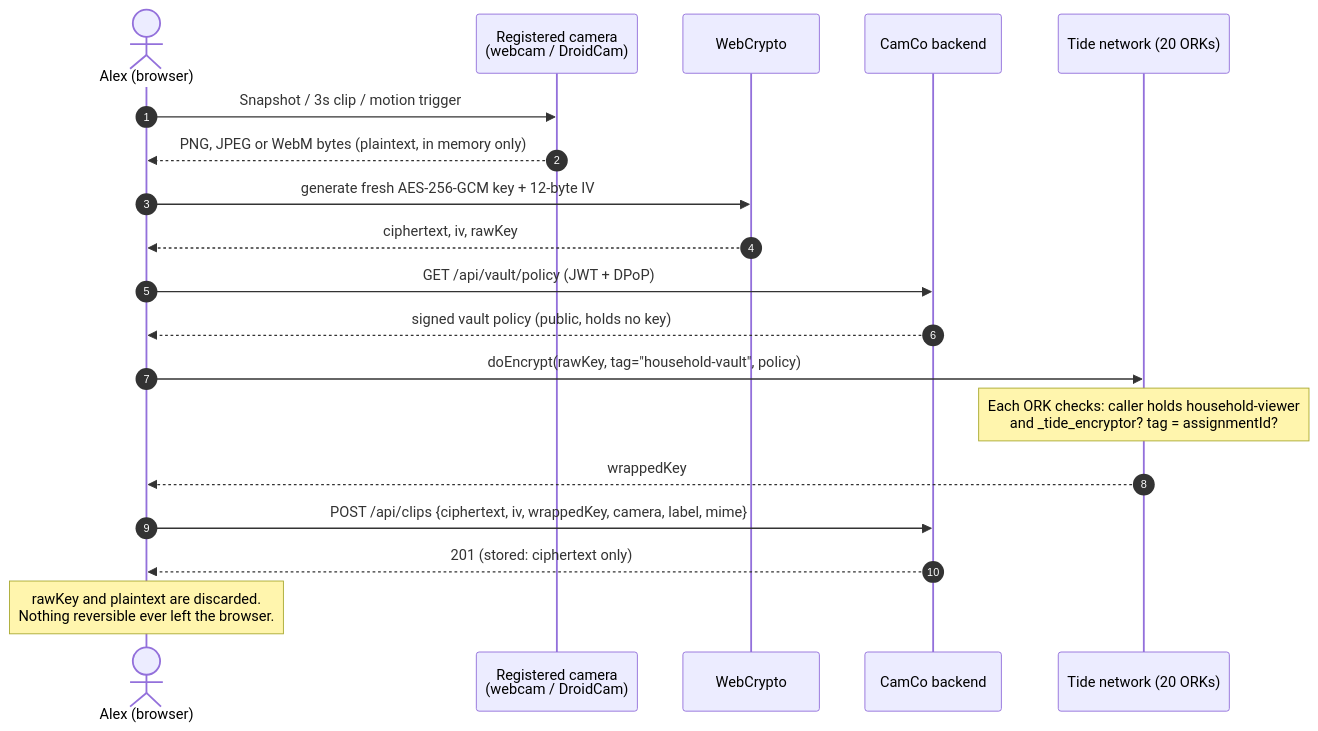
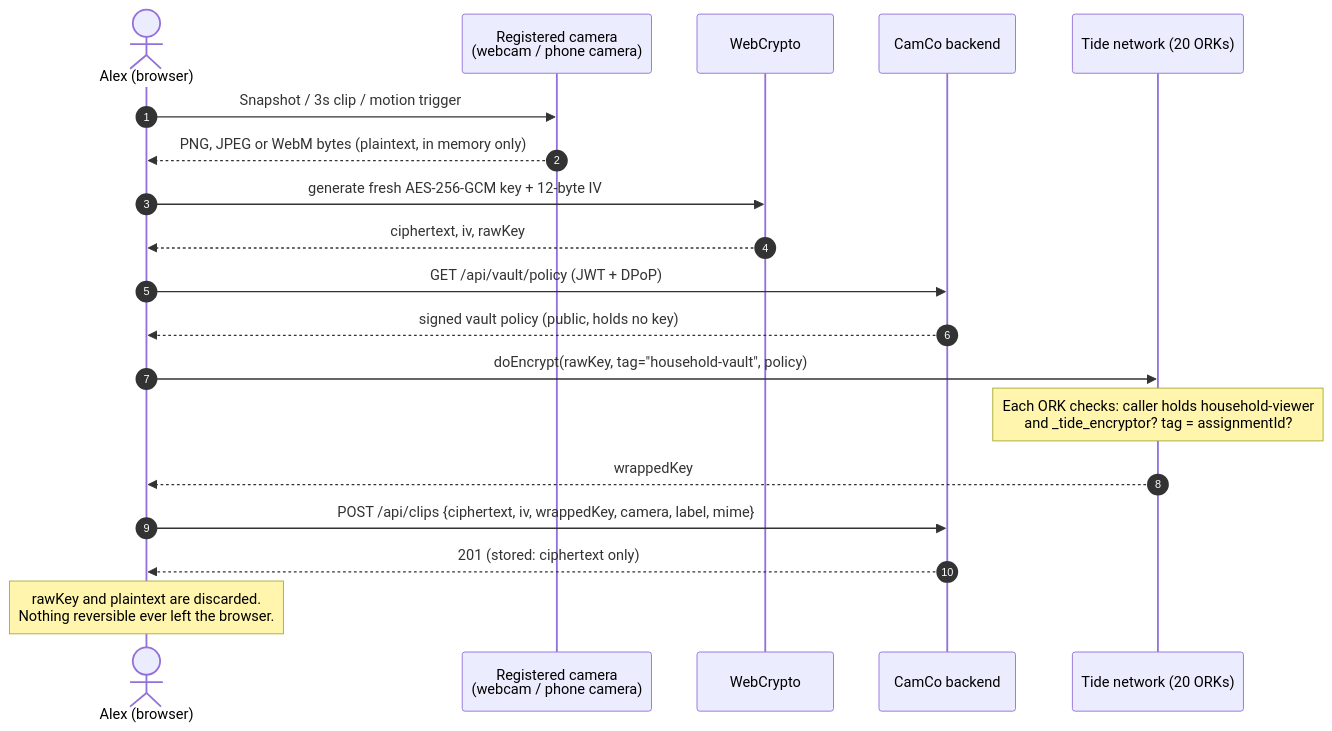
Before and after one commit to krosshykes/tide-camera-vault: the third of 15 diagrams in docs/DOCUMENTATION.md, drawn with Mermaid. The commit also changed other lines of this file and 3 other files, not shown here.

````diff
--- a/docs/DOCUMENTATION.md
+++ b/docs/DOCUMENTATION.md
@@ -138,22 +138,22 @@
 ```mermaid
 sequenceDiagram
   autonumber
   actor A as Alex (browser)
-  participant Cam as Registered camera<br/>(webcam / DroidCam)
+  participant Cam as Registered camera<br/>(webcam / phone camera)
   participant WC as WebCrypto
   participant API as CamCo backend
   participant ORK as Tide network (20 ORKs)
 
   A->>Cam: Snapshot / 3s clip / motion trigger
   Cam-->>A: PNG, JPEG or WebM bytes (plaintext, in memory only)
   A->>WC: generate fresh AES-256-GCM key + 12-byte IV
   WC-->>A: ciphertext, iv, rawKey
   A->>API: GET /api/vault/policy (JWT + DPoP)
   API-->>A: signed vault policy (public, holds no key)
   A->>ORK: doEncrypt(rawKey, tag="household-vault", policy)
   Note over ORK: Each ORK checks: caller holds household-viewer<br/>and _tide_encryptor? tag = assignmentId?
   ORK-->>A: wrappedKey
   A->>API: POST /api/clips {ciphertext, iv, wrappedKey, camera, label, mime}
   API-->>A: 201 (stored: ciphertext only)
   Note over A: rawKey and plaintext are discarded.<br/>Nothing reversible ever left the browser.
 ```
````
